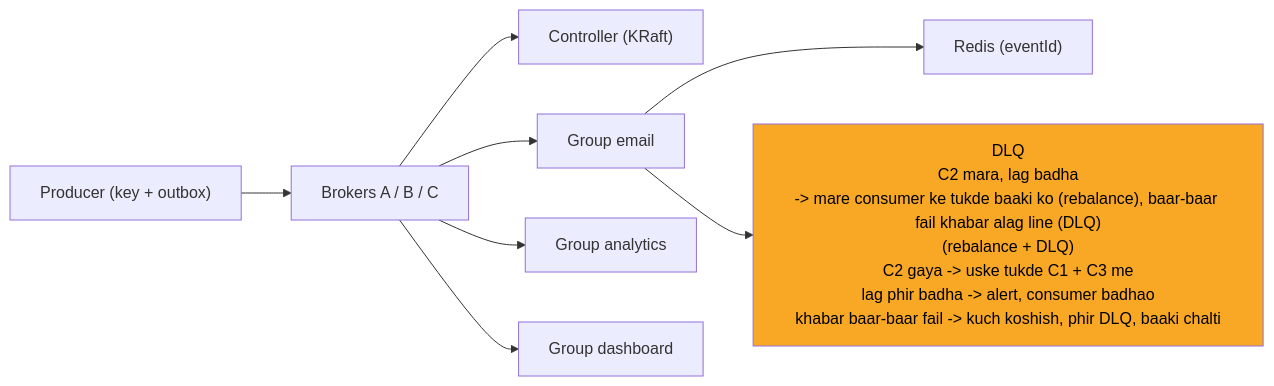
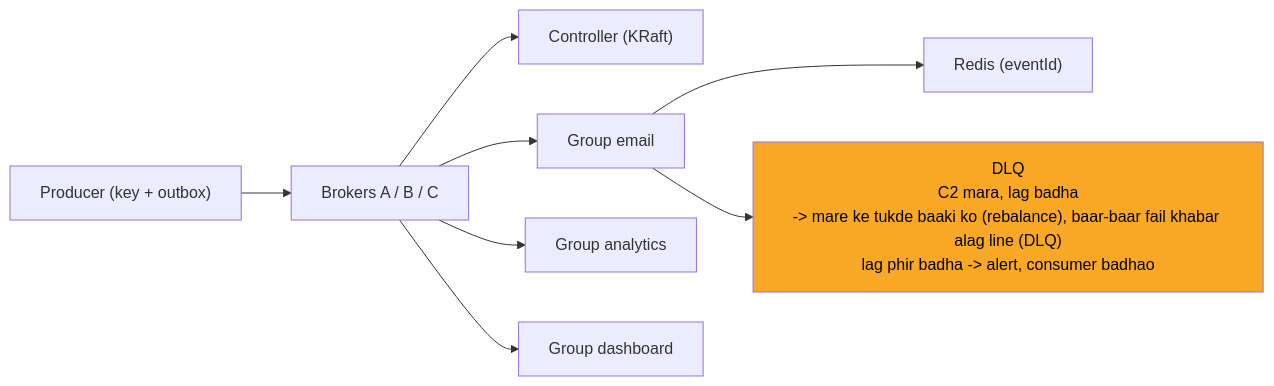
Before and after one commit to ArpanMaheshwari144/Prep: the diagram in 04_HLD/SYSTEM_DESIGNS/12_message_queue_kafka/img/c9.mmd, drawn with Mermaid. The commit also changed 182 other files, not shown here.

```diff
--- a/04_HLD/SYSTEM_DESIGNS/12_message_queue_kafka/img/c9.mmd
+++ b/04_HLD/SYSTEM_DESIGNS/12_message_queue_kafka/img/c9.mmd
@@ -1,18 +1,18 @@
 %%{init: {"flowchart": {"wrappingWidth": 450}}}%%
 flowchart LR
     n_P["Producer (key + outbox)"]
     n_B["Brokers A / B / C"]
     n_K["Controller (KRaft)"]
     n_GE["Group email"]
     n_R["Redis (eventId)"]
-    n_DLQ["DLQ<br/>C2 mara, lag badha<br/>-> mare consumer ke tukde baaki ko (rebalance), baar-baar fail khabar alag line (DLQ)<br/>(rebalance + DLQ)<br/>C2 gaya -> uske tukde C1 + C3 me<br/>lag phir badha -> alert, consumer badhao<br/>khabar baar-baar fail -> kuch koshish, phir DLQ, baaki chalti"]
+    n_DLQ["DLQ<br/>C2 mara, lag badha<br/>-> mare ke tukde baaki ko (rebalance), baar-baar fail khabar alag line (DLQ)<br/>lag phir badha -> alert, consumer badhao"]
     n_GA["Group analytics"]
     n_GD["Group dashboard"]
     n_P --> n_B
     n_B --> n_K
     n_B --> n_GE
     n_B --> n_GA
     n_B --> n_GD
     n_GE --> n_R
     n_GE --> n_DLQ
     style n_DLQ fill:#f9a825,color:#000
```
